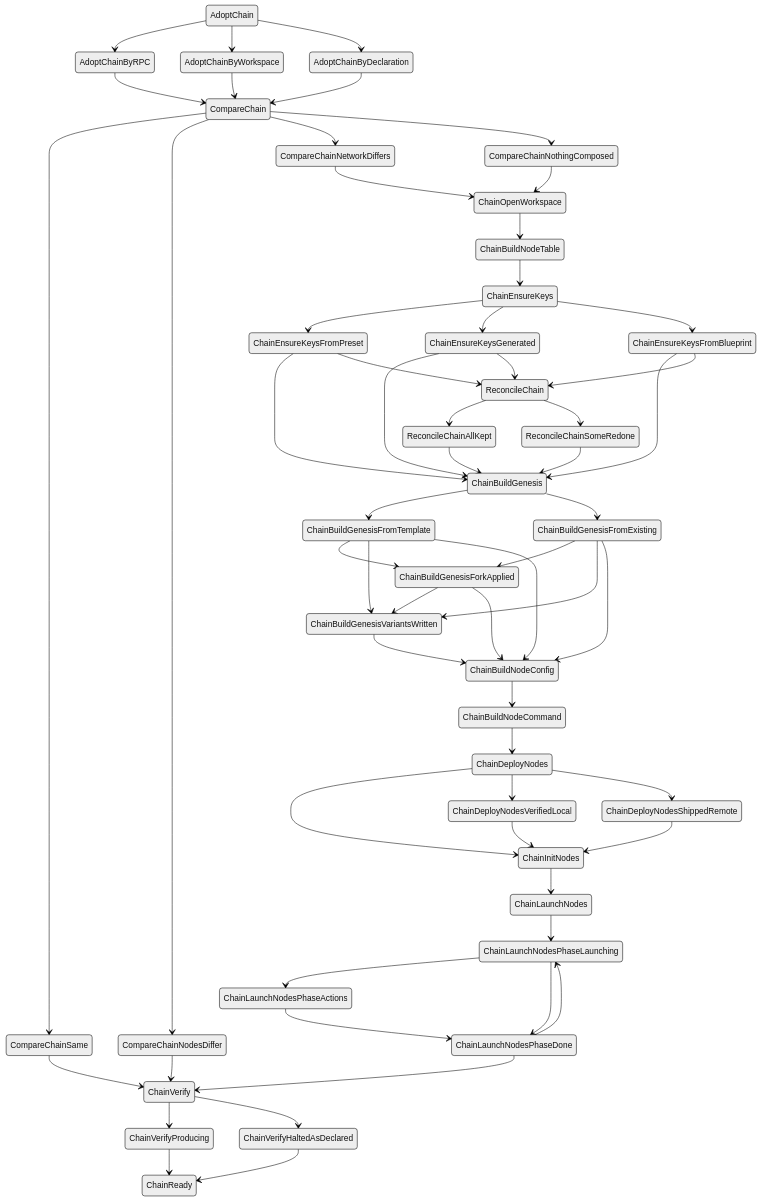
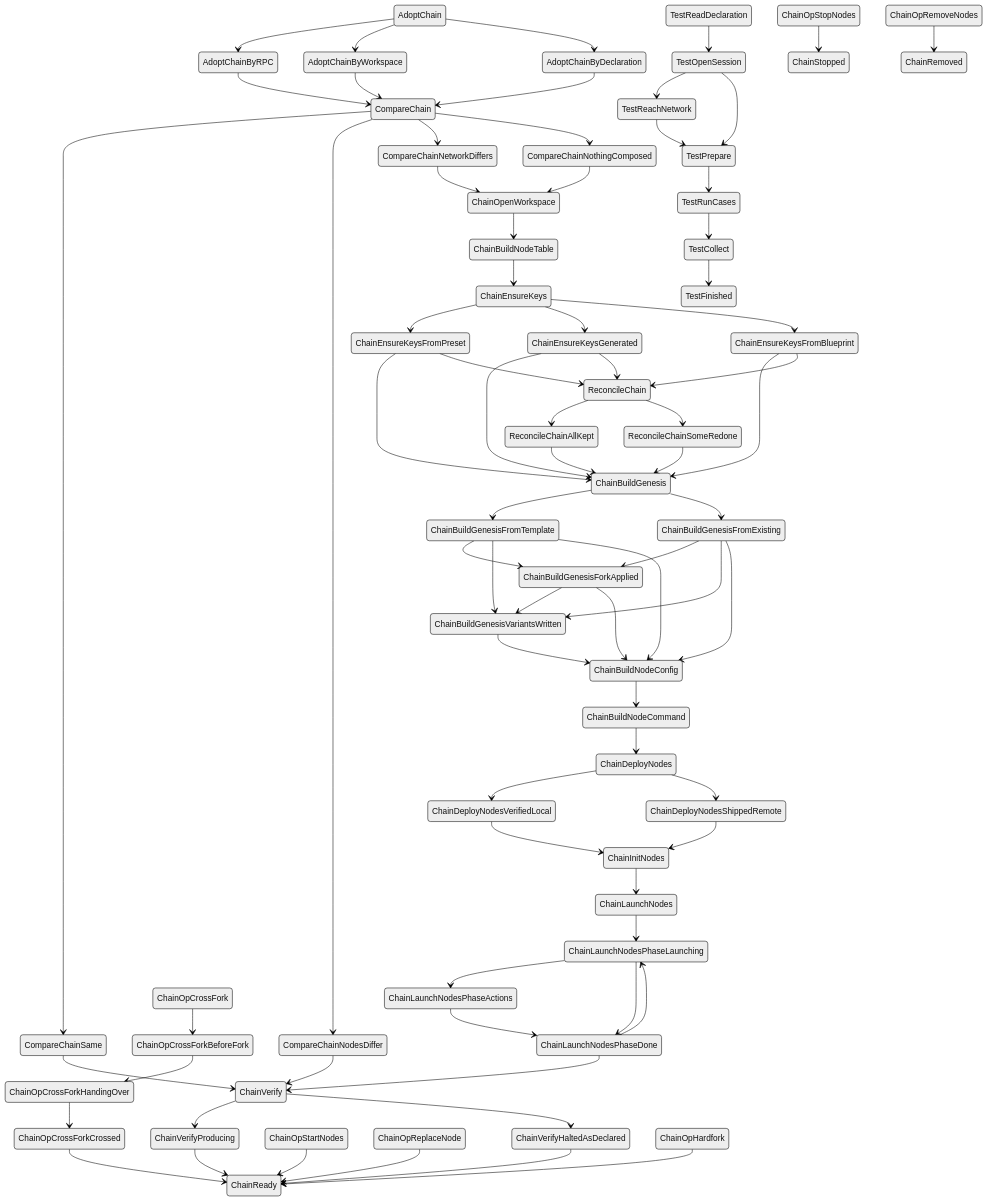
Before and after one commit to 0xmhha/chainbench: the diagram in docs/research/chainbench/analyses/graph/lifecycle-transitions.mmd, drawn with Mermaid (neutral theme). The commit also changed 5 other files, not shown here.

First line of the commit message:
docs(analyses): regenerate the code graphs and snapshot them at 6e2a0af8

```diff
--- a/docs/research/chainbench/analyses/graph/lifecycle-transitions.mmd
+++ b/docs/research/chainbench/analyses/graph/lifecycle-transitions.mmd
@@ -1,59 +1,74 @@
 stateDiagram-v2
     ChainOpenWorkspace --> ChainBuildNodeTable
     ChainBuildNodeTable --> ChainEnsureKeys
     ChainEnsureKeys --> ChainEnsureKeysFromPreset
     ChainEnsureKeys --> ChainEnsureKeysGenerated
     ChainEnsureKeys --> ChainEnsureKeysFromBlueprint
     ChainEnsureKeysFromPreset --> ChainBuildGenesis
     ChainEnsureKeysFromPreset --> ReconcileChain
     ChainEnsureKeysGenerated --> ChainBuildGenesis
     ChainEnsureKeysGenerated --> ReconcileChain
     ChainEnsureKeysFromBlueprint --> ChainBuildGenesis
     ChainEnsureKeysFromBlueprint --> ReconcileChain
     ReconcileChain --> ReconcileChainAllKept
     ReconcileChain --> ReconcileChainSomeRedone
     ReconcileChainAllKept --> ChainBuildGenesis
     ReconcileChainSomeRedone --> ChainBuildGenesis
     ChainBuildGenesis --> ChainBuildGenesisFromTemplate
     ChainBuildGenesis --> ChainBuildGenesisFromExisting
     ChainBuildGenesisFromTemplate --> ChainBuildGenesisForkApplied
     ChainBuildGenesisFromTemplate --> ChainBuildGenesisVariantsWritten
     ChainBuildGenesisFromTemplate --> ChainBuildNodeConfig
     ChainBuildGenesisFromExisting --> ChainBuildGenesisForkApplied
     ChainBuildGenesisFromExisting --> ChainBuildGenesisVariantsWritten
     ChainBuildGenesisFromExisting --> ChainBuildNodeConfig
     ChainBuildGenesisForkApplied --> ChainBuildGenesisVariantsWritten
     ChainBuildGenesisForkApplied --> ChainBuildNodeConfig
     ChainBuildGenesisVariantsWritten --> ChainBuildNodeConfig
     ChainBuildNodeConfig --> ChainBuildNodeCommand
     ChainBuildNodeCommand --> ChainDeployNodes
-    ChainDeployNodes --> ChainInitNodes
     ChainDeployNodes --> ChainDeployNodesVerifiedLocal
     ChainDeployNodes --> ChainDeployNodesShippedRemote
     ChainDeployNodesVerifiedLocal --> ChainInitNodes
     ChainDeployNodesShippedRemote --> ChainInitNodes
     ChainInitNodes --> ChainLaunchNodes
     ChainLaunchNodes --> ChainLaunchNodesPhaseLaunching
     ChainLaunchNodesPhaseLaunching --> ChainLaunchNodesPhaseActions
     ChainLaunchNodesPhaseLaunching --> ChainLaunchNodesPhaseDone
     ChainLaunchNodesPhaseActions --> ChainLaunchNodesPhaseDone
     ChainLaunchNodesPhaseDone --> ChainLaunchNodesPhaseLaunching
     ChainLaunchNodesPhaseDone --> ChainVerify
     ChainVerify --> ChainVerifyProducing
     ChainVerify --> ChainVerifyHaltedAsDeclared
     ChainVerifyProducing --> ChainReady
     ChainVerifyHaltedAsDeclared --> ChainReady
     AdoptChain --> AdoptChainByRPC
     AdoptChain --> AdoptChainByWorkspace
     AdoptChain --> AdoptChainByDeclaration
     AdoptChainByRPC --> CompareChain
     AdoptChainByWorkspace --> CompareChain
     AdoptChainByDeclaration --> CompareChain
     CompareChain --> CompareChainSame
     CompareChain --> CompareChainNodesDiffer
     CompareChain --> CompareChainNetworkDiffers
     CompareChain --> CompareChainNothingComposed
     CompareChainSame --> ChainVerify
     CompareChainNodesDiffer --> ChainVerify
     CompareChainNetworkDiffers --> ChainOpenWorkspace
     CompareChainNothingComposed --> ChainOpenWorkspace
+    ChainOpStopNodes --> ChainStopped
+    ChainOpStartNodes --> ChainReady
+    ChainOpReplaceNode --> ChainReady
+    ChainOpCrossFork --> ChainOpCrossForkBeforeFork
+    ChainOpCrossForkBeforeFork --> ChainOpCrossForkHandingOver
+    ChainOpCrossForkHandingOver --> ChainOpCrossForkCrossed
+    ChainOpCrossForkCrossed --> ChainReady
+    ChainOpRemoveNodes --> ChainRemoved
+    ChainOpHardfork --> ChainReady
+    TestReadDeclaration --> TestOpenSession
+    TestOpenSession --> TestReachNetwork
+    TestOpenSession --> TestPrepare
+    TestReachNetwork --> TestPrepare
+    TestPrepare --> TestRunCases
+    TestRunCases --> TestCollect
+    TestCollect --> TestFinished
```
